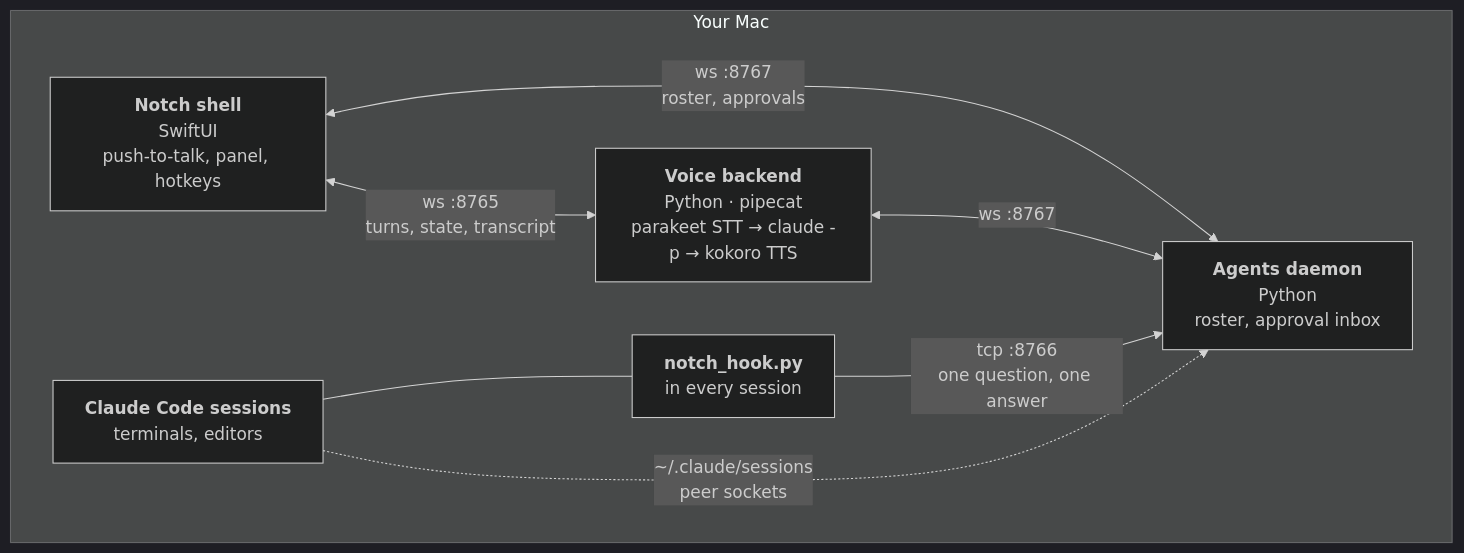
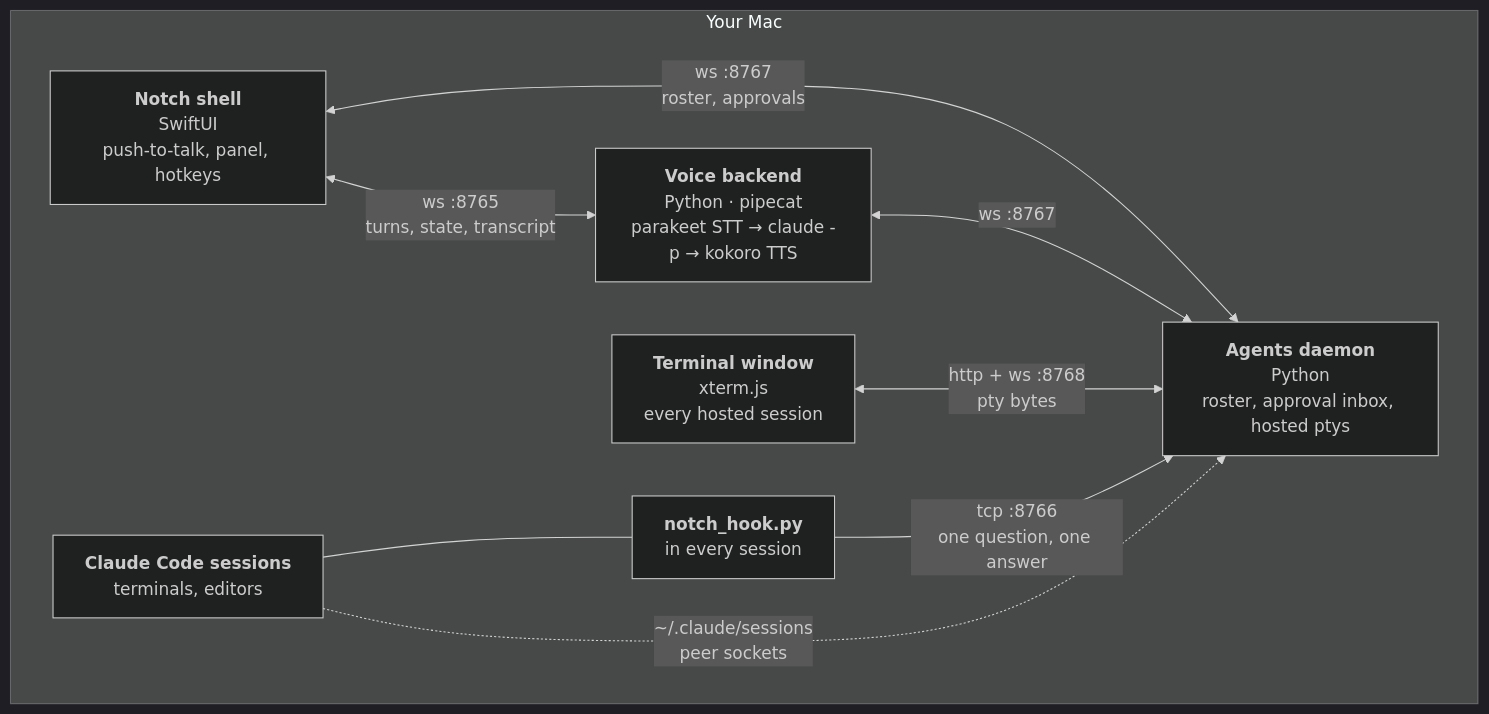
The first of 3 diagrams in README.md (bl0opy/claude-notch), drawn with Mermaid (dark theme) before and after one commit. The commit also changed other lines of this file, not shown here.

Commit message:
document the terminal window and hosted sessions

````diff
--- a/README.md
+++ b/README.md
@@ -50,18 +52,20 @@
 ```mermaid
 flowchart LR
     subgraph mac["Your Mac"]
         direction LR
         shell["<b>Notch shell</b><br/>SwiftUI<br/>push-to-talk, panel, hotkeys"]
         backend["<b>Voice backend</b><br/>Python · pipecat<br/>parakeet STT → claude -p → kokoro TTS"]
-        agentsd["<b>Agents daemon</b><br/>Python<br/>roster, approval inbox"]
+        agentsd["<b>Agents daemon</b><br/>Python<br/>roster, approval inbox, hosted ptys"]
+        window["<b>Terminal window</b><br/>xterm.js<br/>every hosted session"]
         hook["<b>notch_hook.py</b><br/>in every session"]
         sessions["<b>Claude Code sessions</b><br/>terminals, editors"]
     end
 
     shell <-- "ws :8765<br/>turns, state, transcript" --> backend
     shell <-- "ws :8767<br/>roster, approvals" --> agentsd
     backend <-- "ws :8767" --> agentsd
+    window <-- "http + ws :8768<br/>pty bytes" --> agentsd
     hook -- "tcp :8766<br/>one question, one answer" --> agentsd
     sessions -. "~/.claude/sessions<br/>peer sockets" .-> agentsd
     sessions --- hook
 ```
````
